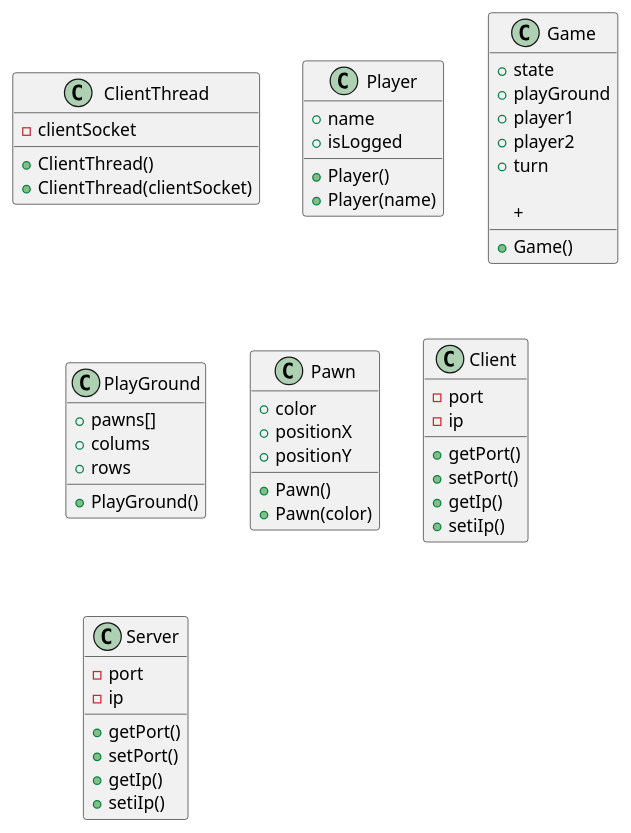
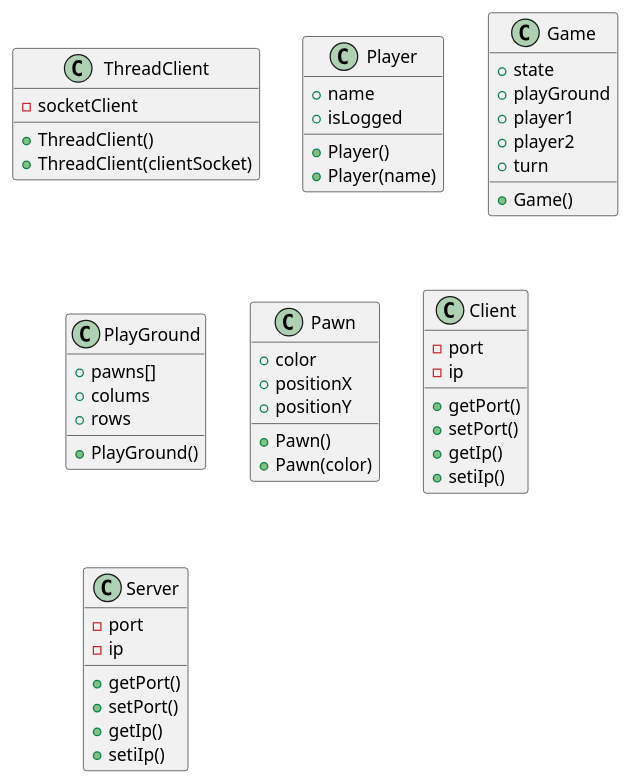
The diagram in Progettazione/Class Diagram.puml (dennisgallina/Forza-4), drawn with PlantUML before and after one commit. The commit also changed 5 other files, not shown here.

```diff
--- a/Progettazione/Class Diagram.puml
+++ b/Progettazione/Class Diagram.puml
@@ -1,65 +1,63 @@
 @startuml Forza 4
-Class "ClientThread" {
-    +ClientThread()
-    +ClientThread(clientSocket)
+Class "ThreadClient" {
+    +ThreadClient()
+    +ThreadClient(clientSocket)
 
-    -clientSocket
+    -socketClient
 }
 
 class "Player" {
     +Player()
     +Player(name)
 
     +name
     +isLogged
 }
 
 class "Game" {
     +Game()
 
     +state
     +playGround
     +player1
     +player2
     +turn
-
-    +
 }
 
 class "PlayGround" {
     +PlayGround()
 
     +pawns[]
     +colums
     +rows
 }
 
 class "Pawn" {
     +Pawn()
     +Pawn(color)
 
     +color
     +positionX
     +positionY
 }
 
 Class "Client" {
     -port
     -ip
 
     +getPort()
     +setPort()
     +getIp()
     +setiIp()
 }
 
 Class "Server" {
     -port
     -ip
 
     +getPort()
     +setPort()
     +getIp()
     +setiIp()
 }
 @enduml
```
